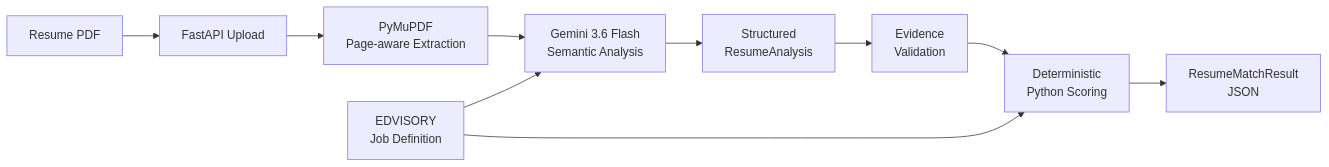
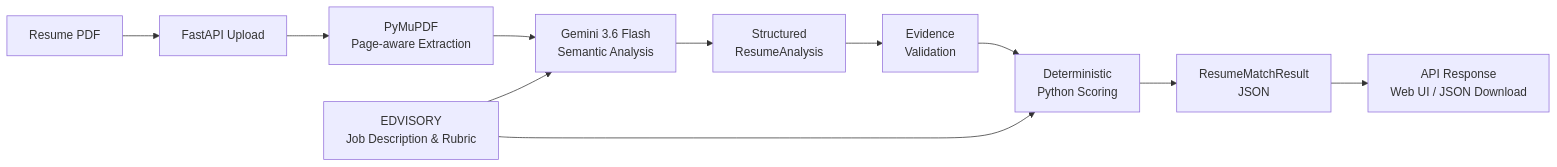
One commit to sorravit-te/AI-Resume-Matcher changed the diagram in README.md. Above: the diagram before and after it, drawn with Mermaid. The commit also changed other lines of this file and 1 other file, not shown here.

````diff
--- a/README.md
+++ b/README.md
@@ -68,16 +76,17 @@
 ```mermaid
 flowchart LR
     A[Resume PDF] --> B[FastAPI Upload]
     B --> C[PyMuPDF<br/>Page-aware Extraction]
 
     C --> D[Gemini 3.6 Flash<br/>Semantic Analysis]
-    J[EDVISORY<br/>Job Definition] --> D
+    J[EDVISORY<br/>Job Description & Rubric] --> D
 
     D --> E[Structured<br/>ResumeAnalysis]
     E --> F[Evidence<br/>Validation]
 
     F --> G[Deterministic<br/>Python Scoring]
     J --> G
 
     G --> H[ResumeMatchResult<br/>JSON]
+    H --> I[API Response<br/>Web UI / JSON Download]
 ```
````
